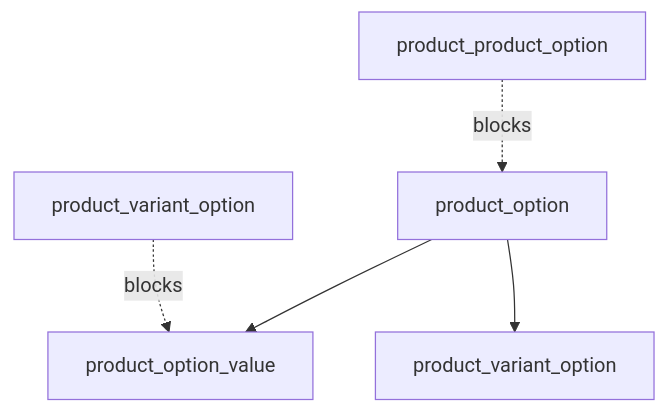
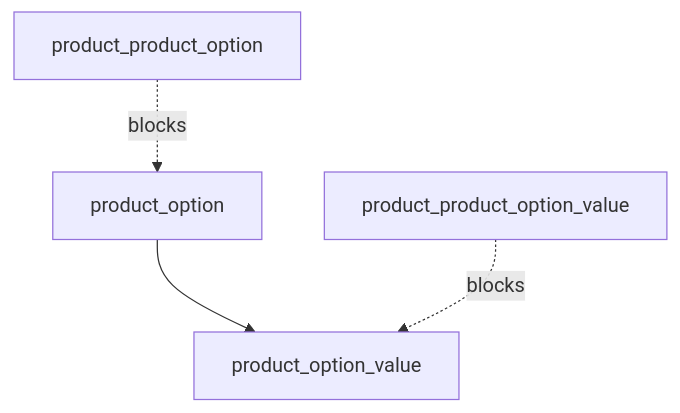
Before and after one commit to wildcant/proteus: the eighth of 9 diagrams in docs/soft-delete-cascade.md, drawn with Mermaid. The commit also changed other lines of this file and 28 other files, not shown here.

````diff
--- a/docs/soft-delete-cascade.md
+++ b/docs/soft-delete-cascade.md
@@ -251,7 +251,6 @@
 ```mermaid
 flowchart TD
   PO["product_option"] --> POV["product_option_value"]
-  PO --> PVO["product_variant_option"]
   PPO["product_product_option"] -. blocks .-> PO
-  PVO2["product_variant_option"] -. blocks .-> POV
+  PPOV["product_product_option_value"] -. blocks .-> POV
 ```
````
